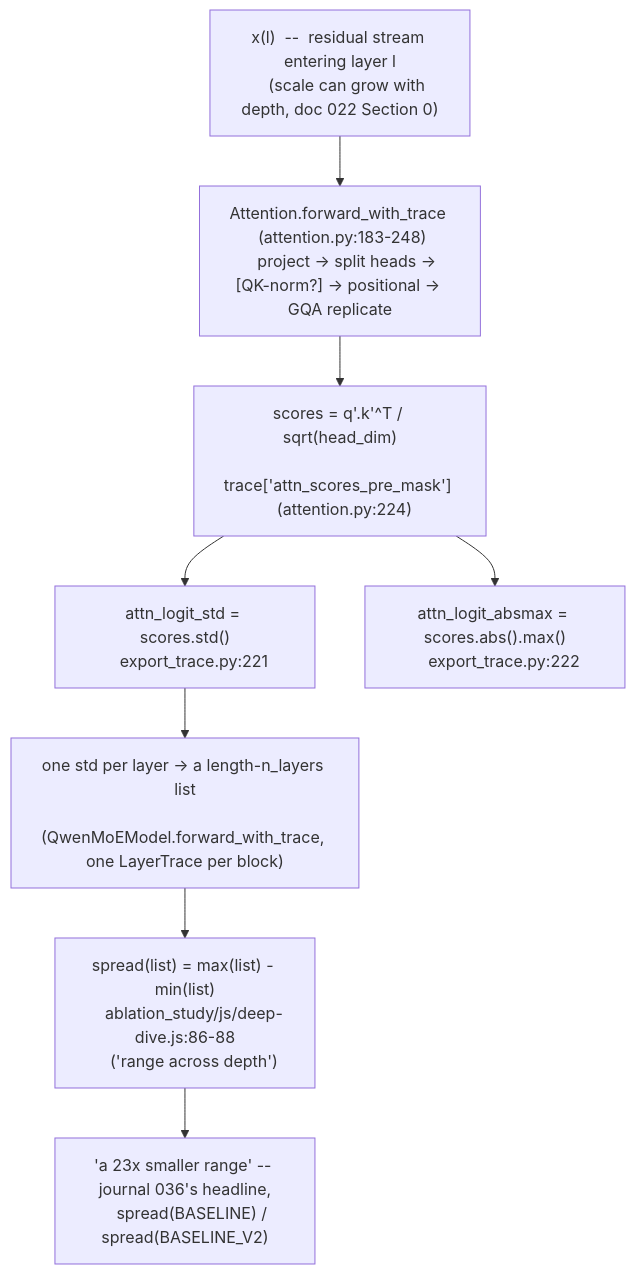
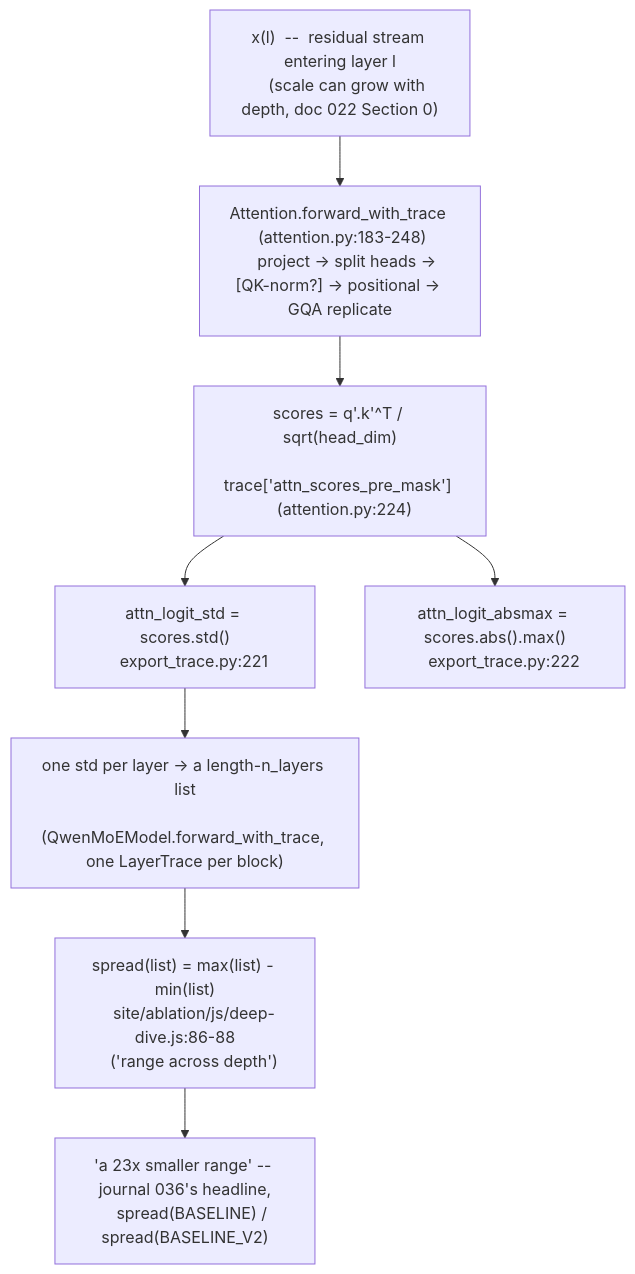
The first of 2 diagrams in docs/math/036-attention-logit-spread.md (Sheiphan/training-my-moe), drawn with Mermaid before and after one commit. The commit also changed other lines of this file and 144 other files, not shown here.

````diff
--- a/docs/math/036-attention-logit-spread.md
+++ b/docs/math/036-attention-logit-spread.md
@@ -83,20 +83,20 @@
 ```mermaid
 flowchart TB
     X["x(l)  --  residual stream entering layer l
     (scale can grow with depth, doc 022 Section 0)"]
     X --> ATT["Attention.forward_with_trace  (attention.py:183-248)
     project -> split heads -> [QK-norm?] -> positional -> GQA replicate"]
     ATT --> SC["scores = q'.k'^T / sqrt(head_dim)
     trace['attn_scores_pre_mask']   (attention.py:224)"]
     SC --> STD["attn_logit_std = scores.std()
     export_trace.py:221"]
     SC --> AMX["attn_logit_absmax = scores.abs().max()
     export_trace.py:222"]
     STD --> LIST["one std per layer -> a length-n_layers list
     (QwenMoEModel.forward_with_trace, one LayerTrace per block)"]
     LIST --> SPR["spread(list) = max(list) - min(list)
-    ablation_study/js/deep-dive.js:86-88
+    site/ablation/js/deep-dive.js:86-88
     ('range across depth')"]
     SPR --> HEAD["'a 23x smaller range' -- journal 036's headline,
     spread(BASELINE) / spread(BASELINE_V2)"]
 ```
````
